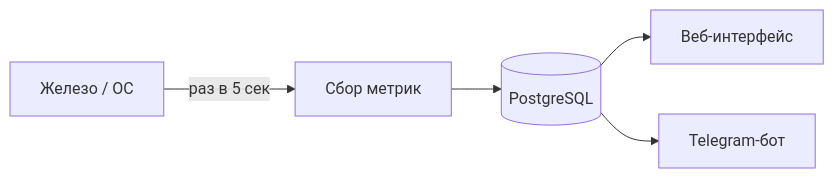
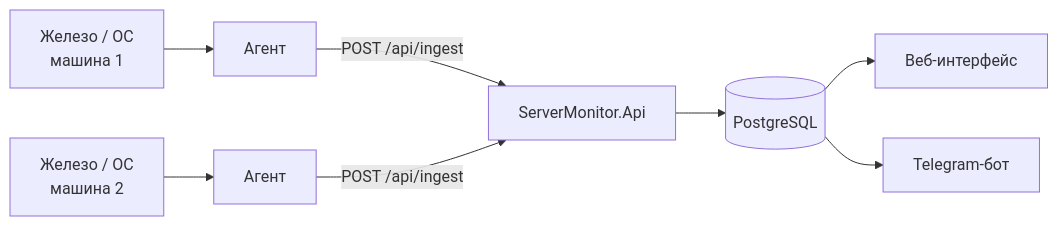
The first of 3 diagrams in docs/guide/00-project-map.md (SoftGene/ServerMonitor), drawn with Mermaid before and after one commit. The commit also changed other lines of this file and 5 other files, not shown here.

````diff
--- a/docs/guide/00-project-map.md
+++ b/docs/guide/00-project-map.md
@@ -18,7 +17,10 @@
 ```mermaid
 flowchart LR
-    HW["Железо / ОС"] -->|"раз в 5 сек"| C["Сбор метрик"]
-    C --> DB[("PostgreSQL")]
+    HW1["Железо / ОС<br/>машина 1"] --> A1["Агент"]
+    HW2["Железо / ОС<br/>машина 2"] --> A2["Агент"]
+    A1 -->|"POST /api/ingest"| API["ServerMonitor.Api"]
+    A2 -->|"POST /api/ingest"| API
+    API --> DB[("PostgreSQL")]
     DB --> W["Веб-интерфейс"]
     DB --> T["Telegram-бот"]
 ```
````
